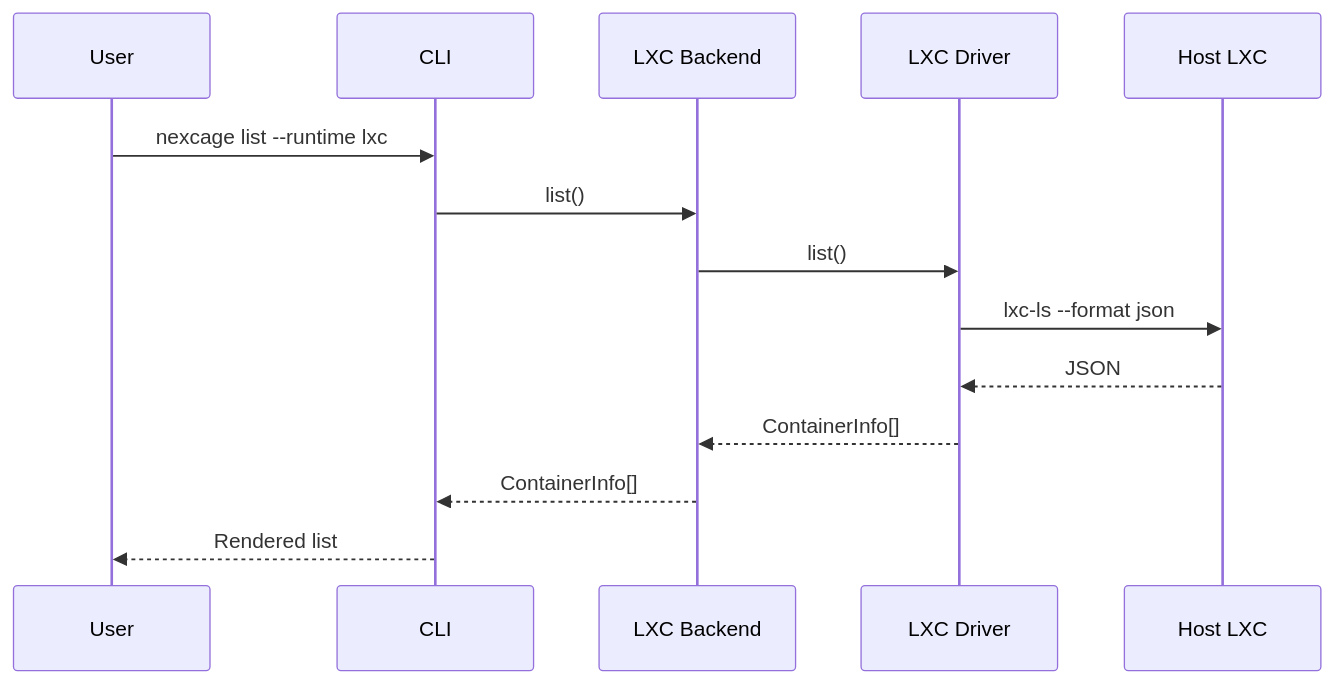
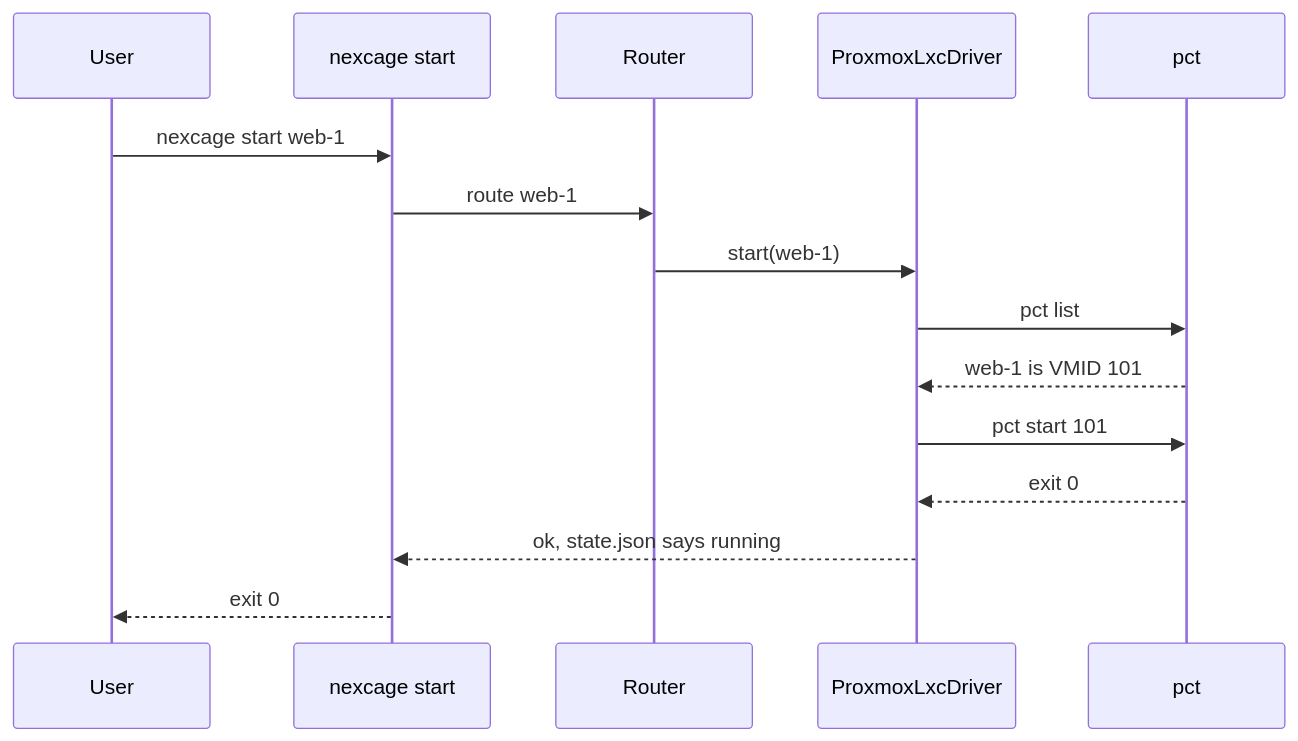
Before and after one commit to CageForge/nexcage: the second of 2 diagrams in docs/architecture/OVERVIEW.md, drawn with Mermaid. The commit also changed other lines of this file and 52 other files, not shown here.

````diff
--- a/docs/architecture/OVERVIEW.md
+++ b/docs/architecture/OVERVIEW.md
@@ -22,17 +21,18 @@
 ```mermaid
 sequenceDiagram
   participant U as User
-  participant C as CLI
-  participant B as LXC Backend
-  participant D as LXC Driver
-  participant H as Host LXC
+  participant C as nexcage start
+  participant R as Router
+  participant D as ProxmoxLxcDriver
+  participant P as pct
 
-  U->>C: nexcage list --runtime lxc
-  C->>B: list()
-  B->>D: list()
-  D->>H: lxc-ls --format json
-  H-->>D: JSON
-  D-->>B: ContainerInfo[]
-  B-->>C: ContainerInfo[]
-  C-->>U: Rendered list
+  U->>C: nexcage start web-1
+  C->>R: route web-1
+  R->>D: start(web-1)
+  D->>P: pct list
+  P-->>D: web-1 is VMID 101
+  D->>P: pct start 101
+  P-->>D: exit 0
+  D-->>C: ok, state.json says running
+  C-->>U: exit 0
 ```
````
